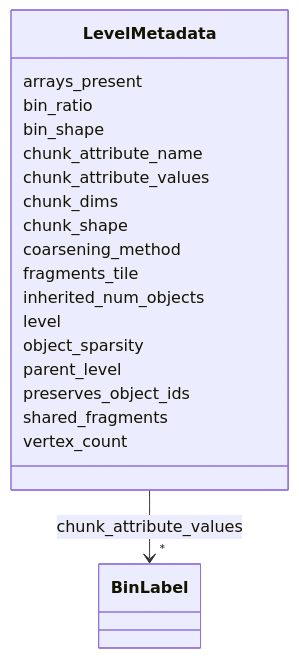
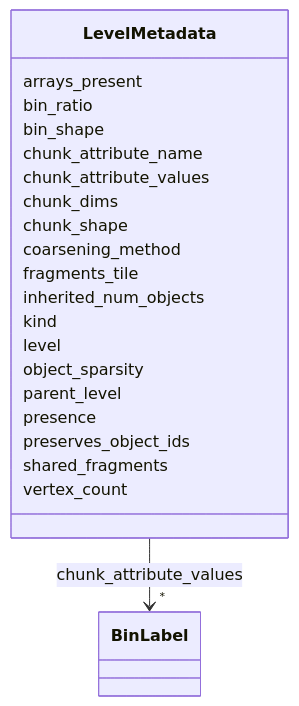
One commit to AllenInstitute/zarr-vectors-py changed the tenth of 18 diagrams in schema/reference.md. Above: the diagram before and after it, drawn with Mermaid. The commit also changed other lines of this file and 64 other files, not shown here.

````diff
--- a/schema/reference.md
+++ b/schema/reference.md
@@ -3048,47 +3055,51 @@
 ```mermaid
  classDiagram
     class LevelMetadata
     click LevelMetadata href "../LevelMetadata/"
       LevelMetadata : arrays_present
         
       LevelMetadata : bin_ratio
         
       LevelMetadata : bin_shape
         
       LevelMetadata : chunk_attribute_name
         
       LevelMetadata : chunk_attribute_values
         
           
     
         
         
         LevelMetadata --> "*" BinLabel : chunk_attribute_values
         click BinLabel href "../BinLabel/"
     
 
         
       LevelMetadata : chunk_dims
         
       LevelMetadata : chunk_shape
         
       LevelMetadata : coarsening_method
         
       LevelMetadata : fragments_tile
         
       LevelMetadata : inherited_num_objects
         
+      LevelMetadata : kind
+        
       LevelMetadata : level
         
       LevelMetadata : object_sparsity
         
       LevelMetadata : parent_level
+        
+      LevelMetadata : presence
         
       LevelMetadata : preserves_object_ids
         
       LevelMetadata : shared_fragments
         
       LevelMetadata : vertex_count
         
       
 ```
````
